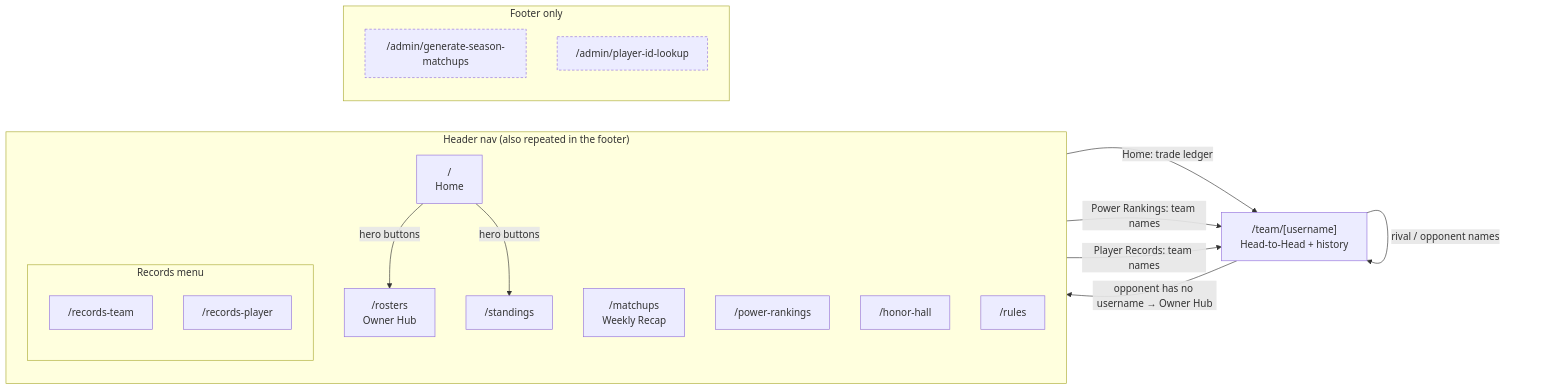
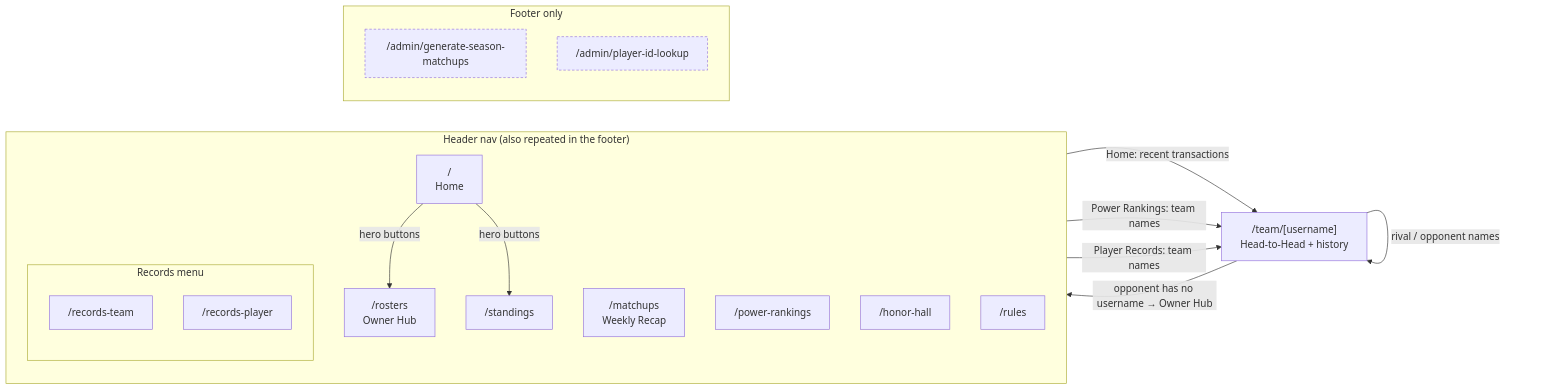
Before and after one commit to itzkybes/bfa-website: the first of 4 diagrams in README.md, drawn with Mermaid. The commit also changed other lines of this file, not shown here.

````diff
--- a/README.md
+++ b/README.md
@@ -33,37 +33,37 @@
 ```mermaid
 flowchart LR
     subgraph nav ["Header nav (also repeated in the footer)"]
         direction TB
         home["/<br/>Home"]
         rosters["/rosters<br/>Owner Hub"]
         matchups["/matchups<br/>Weekly Recap"]
         standings["/standings"]
         power["/power-rankings"]
         subgraph records ["Records menu"]
             direction TB
             rteam["/records-team"]
             rplayer["/records-player"]
         end
         honor["/honor-hall"]
         rules["/rules"]
     end
 
     subgraph footer ["Footer only"]
         direction TB
         gen["/admin/generate-season-matchups"]
         lookup["/admin/player-id-lookup"]
     end
 
     team["/team/[username]<br/>Head-to-Head + history"]
 
     home -- "hero buttons" --> rosters
     home -- "hero buttons" --> standings
-    home -- "Home: trade ledger" --> team
+    home -- "Home: recent transactions" --> team
     power -- "Power Rankings: team names" --> team
     rplayer -- "Player Records: team names" --> team
     team -- "rival / opponent names" --> team
     team -- "opponent has no username → Owner Hub" --> rosters
 
     classDef admin stroke-dasharray: 4 3
     class gen,lookup admin
 ```
````
